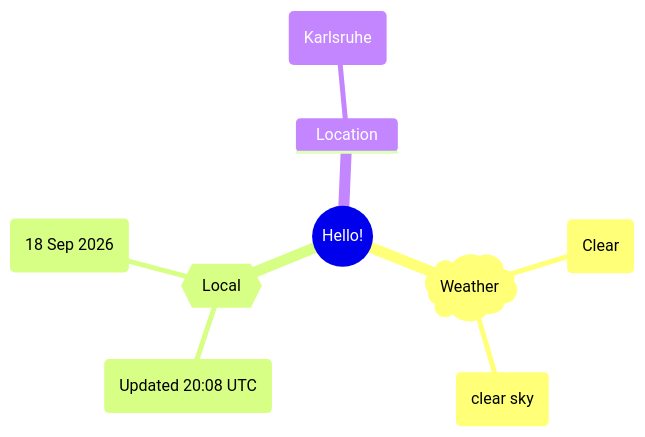
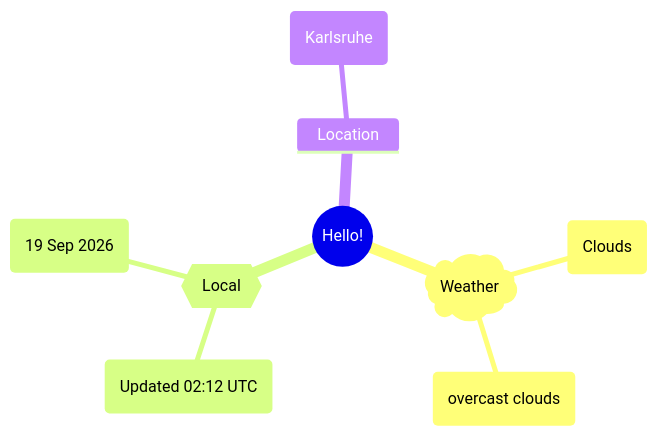
One commit to Xosrov/Xosrov changed the first of 2 diagrams in README.md. Above: the diagram before and after it, drawn with Mermaid.

Commit message:
[bot] updated images

````diff
--- a/README.md
+++ b/README.md
@@ -3,12 +3,12 @@
 ```mermaid
 mindmap
   root((Hello!))
     )Weather(
-        (Clear)
-        (clear sky)
+        (Clouds)
+        (overcast clouds)
     {{Local}}
-        (Updated 20:08 UTC)
-        (18 Sep 2026)
+        (Updated 02:12 UTC)
+        (19 Sep 2026)
     Location
         (Karlsruhe)
 ```
````
